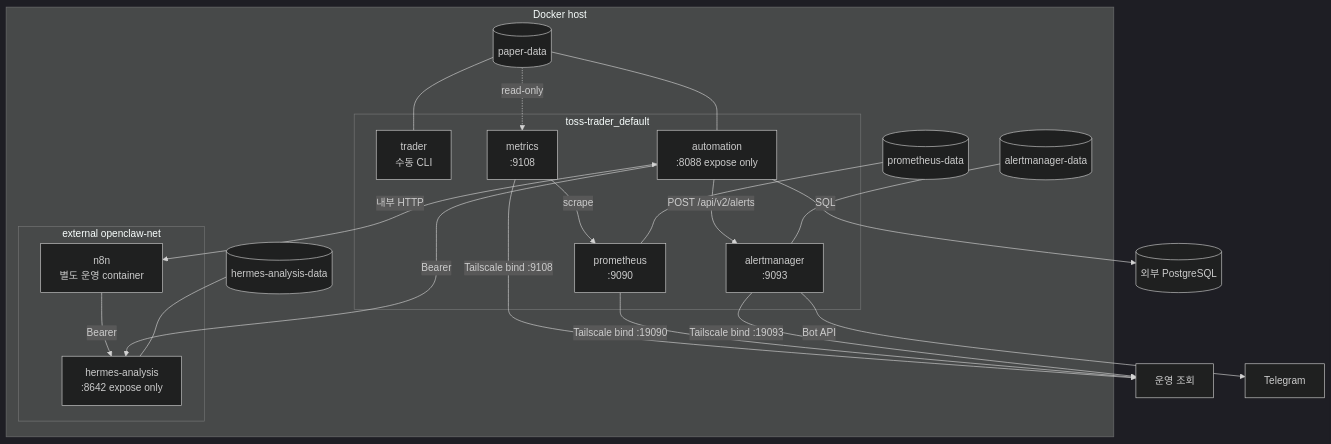
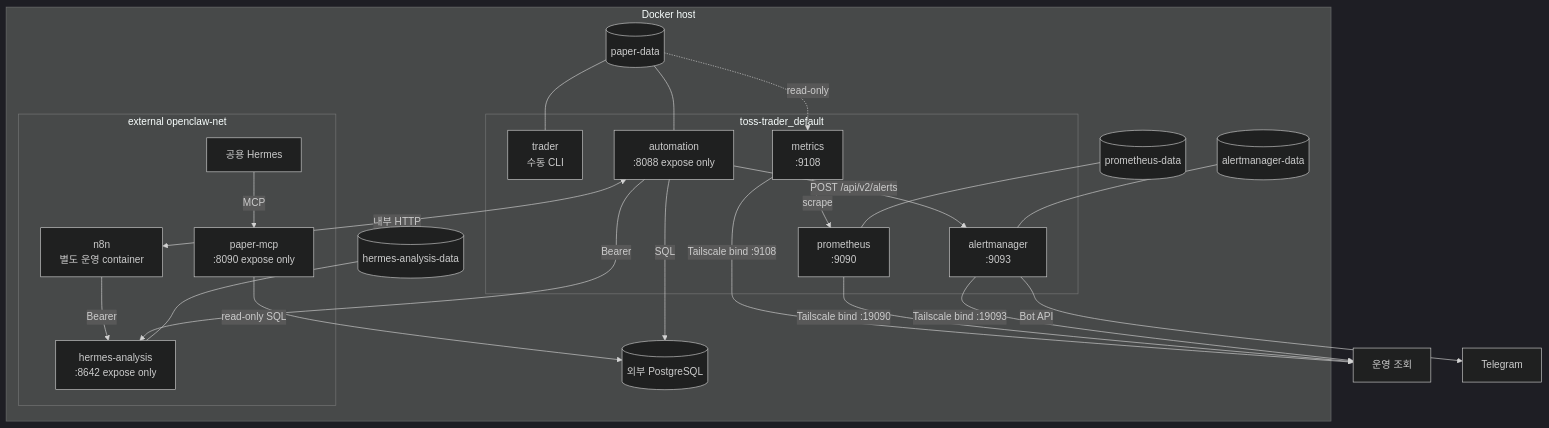
One commit to hunchulchoi/toss-trader changed the second of 12 diagrams in docs/system-workflow.md. Above: the diagram before and after it, drawn with Mermaid (dark theme). The commit also changed other lines of this file and 9 other files, not shown here.

First line of the commit message:
docs: wire paper MCP and snapshot P&L

````diff
--- a/docs/system-workflow.md
+++ b/docs/system-workflow.md
@@ -44,36 +50,40 @@
 ```mermaid
 flowchart TB
     subgraph HOST[Docker host]
         subgraph DEFAULT[toss-trader_default]
             TRADER[trader\n수동 CLI]
             AUTO[automation\n:8088 expose only]
             METRICS[metrics\n:9108]
             PROM[prometheus\n:9090]
             ALERT[alertmanager\n:9093]
             AUTO -->|POST /api/v2/alerts| ALERT
             METRICS -->|scrape| PROM
         end
 
         subgraph OPENCLAW[external openclaw-net]
             N8N[n8n\n별도 운영 container]
             HERMES[hermes-analysis\n:8642 expose only]
+            PAPERMCP[paper-mcp\n:8090 expose only]
+            PUBHERMES[공용 Hermes]
         end
 
         AUTO <-->|내부 HTTP| N8N
         N8N -->|Bearer| HERMES
         AUTO -->|Bearer| HERMES
+        PUBHERMES -->|MCP| PAPERMCP
+        PAPERMCP -->|read-only SQL| PG
 
         PAPER[(paper-data)] --- TRADER
         PAPER --- AUTO
         PAPER -. read-only .-> METRICS
         HDATA[(hermes-analysis-data)] --- HERMES
         PDATA[(prometheus-data)] --- PROM
         ADATA[(alertmanager-data)] --- ALERT
     end
 
     METRICS -->|Tailscale bind :9108| OPS[운영 조회]
     PROM -->|Tailscale bind :19090| OPS
     ALERT -->|Tailscale bind :19093| OPS
     AUTO -->|SQL| PG[(외부 PostgreSQL)]
     ALERT -->|Bot API| TG[Telegram]
 ```
````
